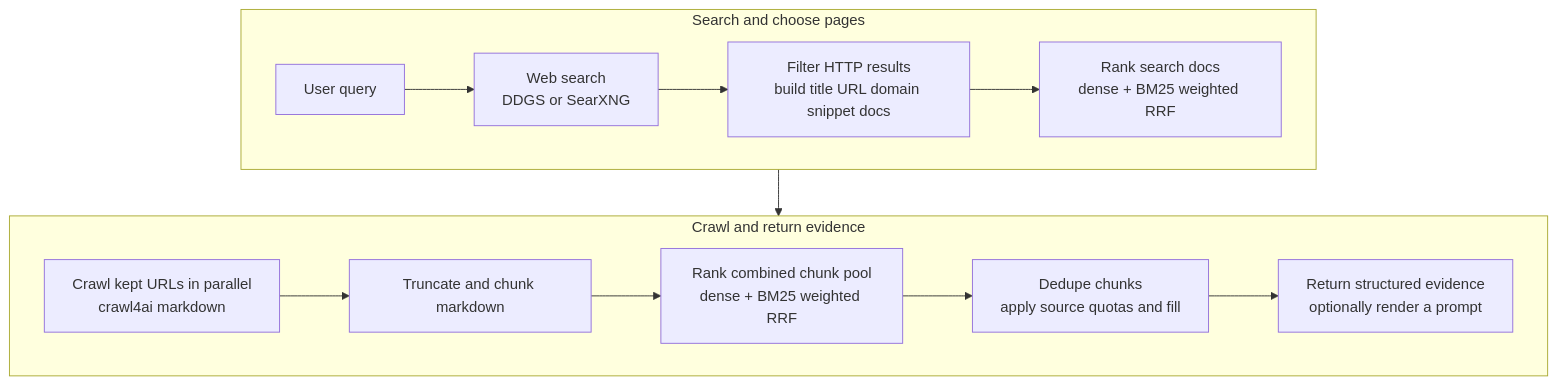
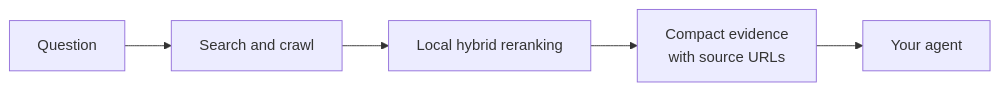
One commit to TinySuiteHQ/TinySearch changed the diagram in README.md. Above: the diagram before and after it, drawn with Mermaid. The commit also changed other lines of this file and 5 other files, not shown here.

````diff
--- a/README.md
+++ b/README.md
@@ -196,19 +95,7 @@
 ```mermaid
-flowchart TB
-    subgraph Row1["Search and choose pages"]
-        direction LR
-        A[User query] --> B[Web search<br/>DDGS or SearXNG]
-        B --> C[Filter HTTP results<br/>build title URL domain snippet docs]
-        C --> D[Rank search docs<br/>dense + BM25 weighted RRF]
-    end
-
-    subgraph Row2["Crawl and return evidence"]
-        direction LR
-        E[Crawl kept URLs in parallel<br/>crawl4ai markdown] --> F[Truncate and chunk markdown]
-        F --> G[Rank combined chunk pool<br/>dense + BM25 weighted RRF]
-        G --> H[Dedupe chunks<br/>apply source quotas and fill]
-        H --> I[Return structured evidence<br/>optionally render a prompt]
-    end
-
-    Row1 --> Row2
+flowchart LR
+    A[Question] --> B[Search and crawl]
+    B --> C[Local hybrid reranking]
+    C --> D[Compact evidence<br/>with source URLs]
+    D --> E[Your agent]
 ```
````
